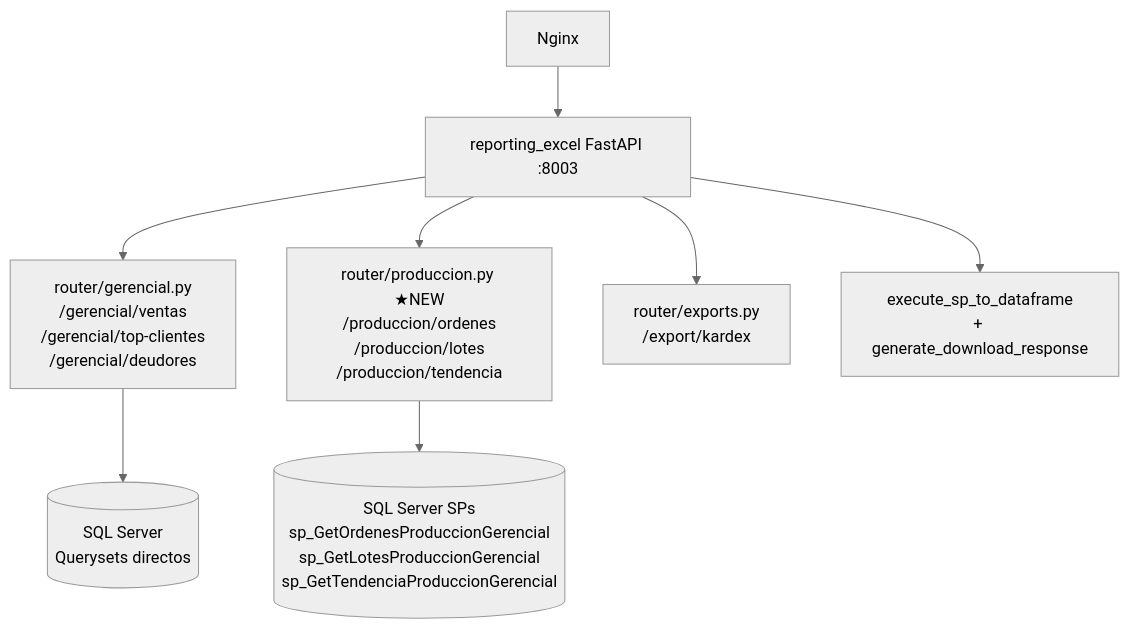
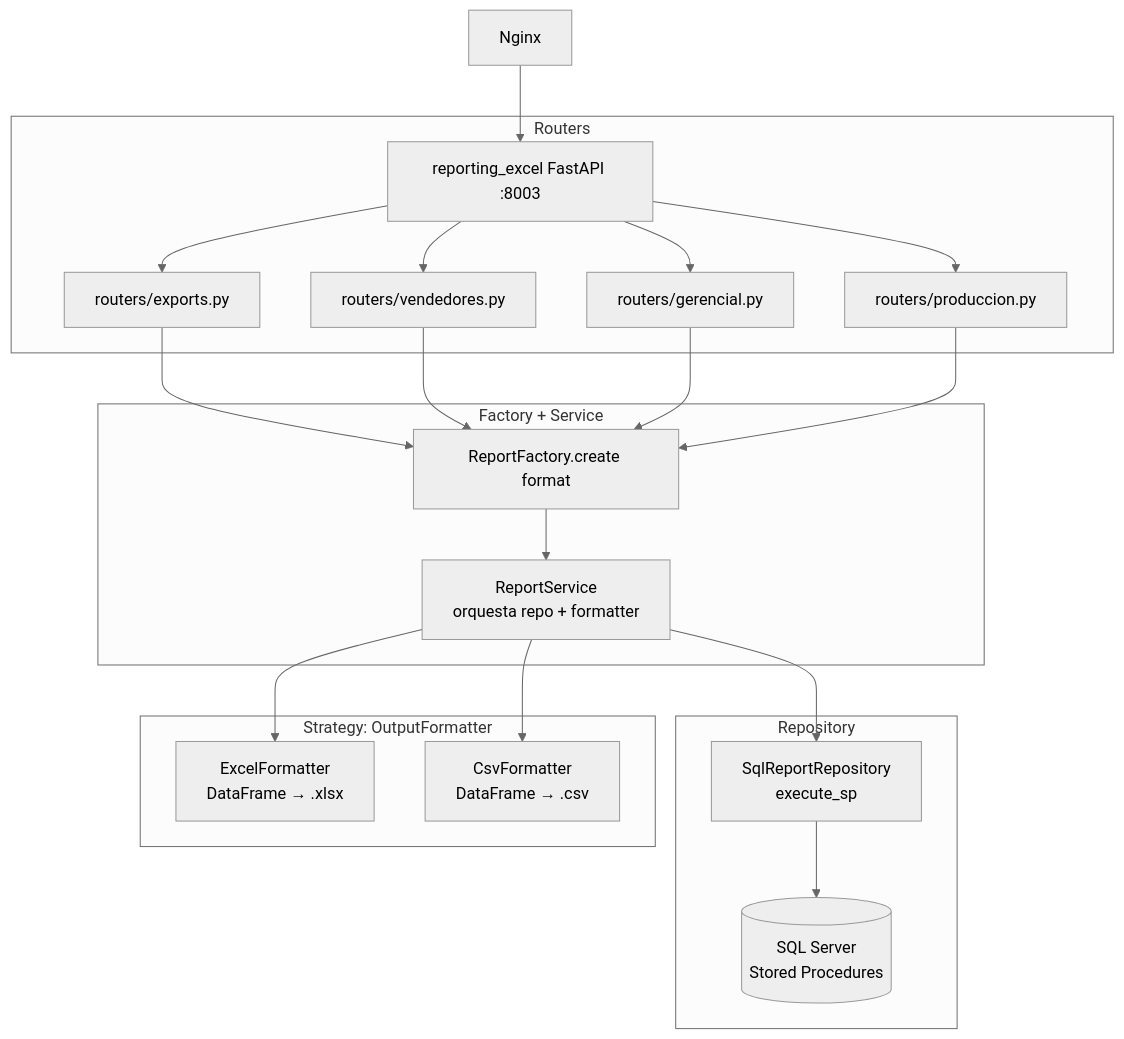
One commit to DevBrandonArellano/TexCore changed the sixth of 6 diagrams in documentation/arquitectura_y_desarrollo.md. Above: the diagram before and after it, drawn with Mermaid (neutral theme). The commit also changed other lines of this file and 57 other files, not shown here.

````diff
--- a/documentation/arquitectura_y_desarrollo.md
+++ b/documentation/arquitectura_y_desarrollo.md
@@ -152,10 +152,29 @@
 ```mermaid
 graph TD
     Nginx --> RE[reporting_excel FastAPI :8003]
-    RE --> RG[router/gerencial.py\n/gerencial/ventas\n/gerencial/top-clientes\n/gerencial/deudores]
-    RE --> RP[router/produccion.py ★NEW\n/produccion/ordenes\n/produccion/lotes\n/produccion/tendencia]
-    RE --> RK[router/exports.py\n/export/kardex]
-    RP --> SP[(SQL Server SPs\nsp_GetOrdenesProduccionGerencial\nsp_GetLotesProduccionGerencial\nsp_GetTendenciaProduccionGerencial)]
-    RG --> DB2[(SQL Server\nQuerysets directos)]
-    RE --> DB[execute_sp_to_dataframe\n+ generate_download_response]
+
+    subgraph Routers
+        RE --> RK[routers/exports.py]
+        RE --> RV[routers/vendedores.py]
+        RE --> RG[routers/gerencial.py]
+        RE --> RP[routers/produccion.py]
+    end
+
+    subgraph Factory["Factory + Service"]
+        RK --> RF[ReportFactory.create format]
+        RV --> RF
+        RG --> RF
+        RP --> RF
+        RF --> RS[ReportService\norquesta repo + formatter]
+    end
+
+    subgraph Repository
+        RS --> REPO[SqlReportRepository\nexecute_sp]
+        REPO --> SP[(SQL Server\nStored Procedures)]
+    end
+
+    subgraph Formatters["Strategy: OutputFormatter"]
+        RS --> EF[ExcelFormatter\nDataFrame → .xlsx]
+        RS --> CF[CsvFormatter\nDataFrame → .csv]
+    end
 ```
````
